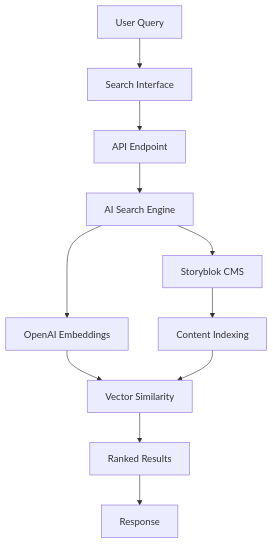
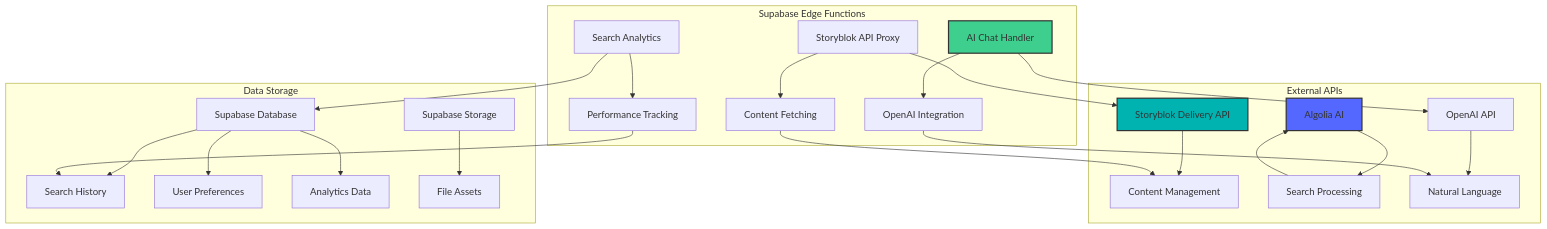
The fifth of 6 diagrams in README.md (lucylow/storysearch), drawn with Mermaid before and after one commit. The commit also changed other lines of this file and 7 other files, not shown here.

````diff
--- a/README.md
+++ b/README.md
@@ -46,13 +472,33 @@
 ```mermaid
 graph TB
-    A[User Query] --> B[Search Interface]
-    B --> C[API Endpoint]
-    C --> D[AI Search Engine]
-    D --> E[Storyblok CMS]
-    D --> F[OpenAI Embeddings]
-    E --> G[Content Indexing]
-    F --> H[Vector Similarity]
-    G --> H
-    H --> I[Ranked Results]
-    I --> J[Response]
+    subgraph "Supabase Edge Functions"
+        A[AI Chat Handler] --> B[OpenAI Integration]
+        C[Storyblok API Proxy] --> D[Content Fetching]
+        E[Search Analytics] --> F[Performance Tracking]
+    end
+    
+    subgraph "External APIs"
+        G[Storyblok Delivery API] --> H[Content Management]
+        I[Algolia AI] --> J[Search Processing]
+        K[OpenAI API] --> L[Natural Language]
+    end
+    
+    subgraph "Data Storage"
+        M[Supabase Database] --> N[Search History]
+        M --> O[User Preferences]
+        M --> P[Analytics Data]
+        Q[Supabase Storage] --> R[File Assets]
+    end
+    
+    A --> K
+    C --> G
+    E --> M
+    B --> L
+    D --> H
+    F --> N
+    J --> I
+    
+    style A fill:#3ECF8E,stroke:#333,stroke-width:2px
+    style G fill:#00b3b0,stroke:#333,stroke-width:2px
+    style I fill:#5468FF,stroke:#333,stroke-width:2px
 ```
````
